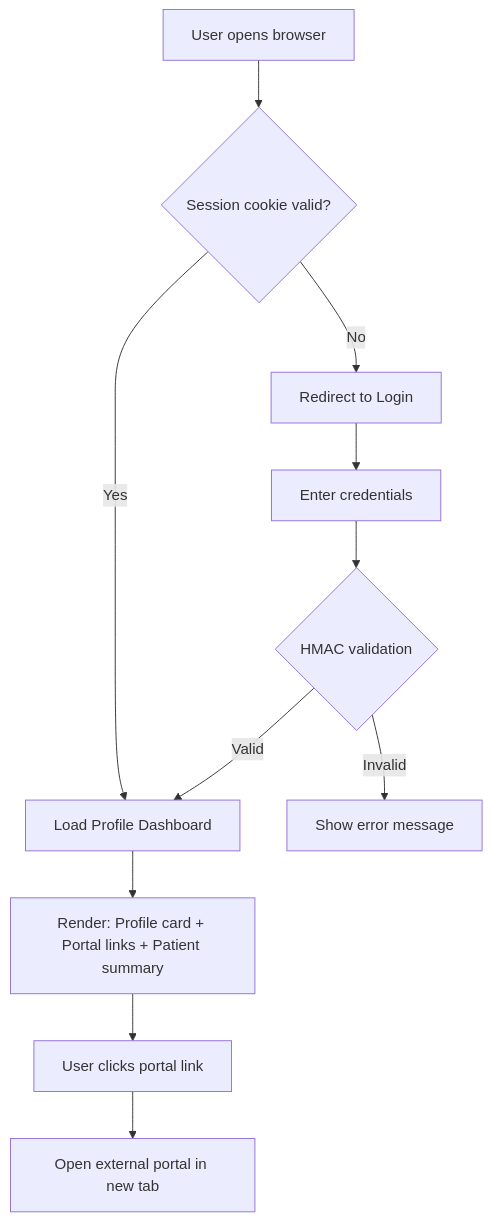
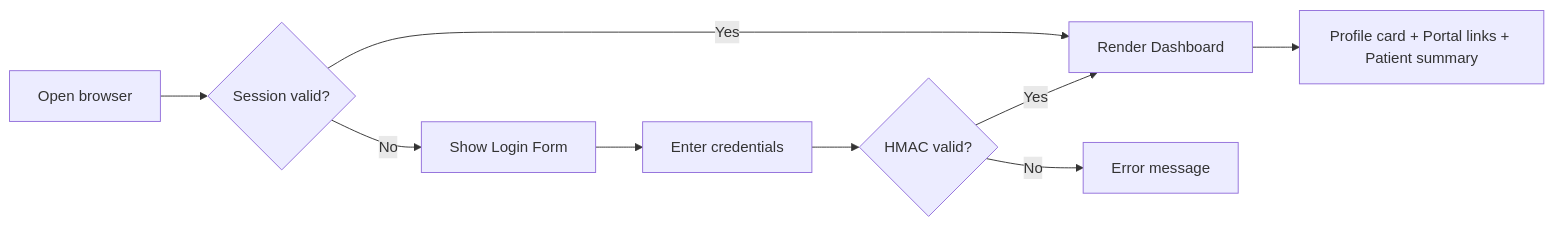
Before and after one commit to Avvicenna/intelligenceboard: the first of 18 diagrams in README.md, drawn with Mermaid. The commit also changed other lines of this file, not shown here.

````diff
--- a/README.md
+++ b/README.md
@@ -216,13 +155,11 @@
 ```mermaid
-flowchart TD
-    A[User opens browser] --> B{Session cookie valid?}
-    B -- Yes --> C[Load Profile Dashboard]
-    B -- No --> D[Redirect to Login]
+flowchart LR
+    A[Open browser] --> B{Session valid?}
+    B -- Yes --> C[Render Dashboard]
+    B -- No --> D[Show Login Form]
     D --> E[Enter credentials]
-    E --> F{HMAC validation}
-    F -- Valid --> C
-    F -- Invalid --> G[Show error message]
-    C --> H[Render: Profile card + Portal links + Patient summary]
-    H --> I[User clicks portal link]
-    I --> J[Open external portal in new tab]
+    E --> F{HMAC valid?}
+    F -- Yes --> C
+    F -- No --> G[Error message]
+    C --> H[Profile card + Portal links + Patient summary]
 ```
````
